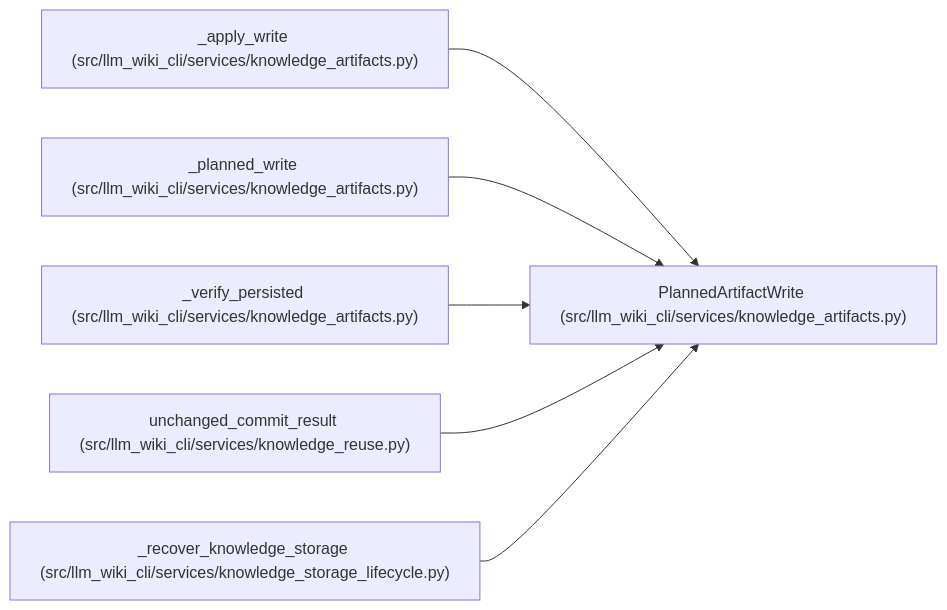
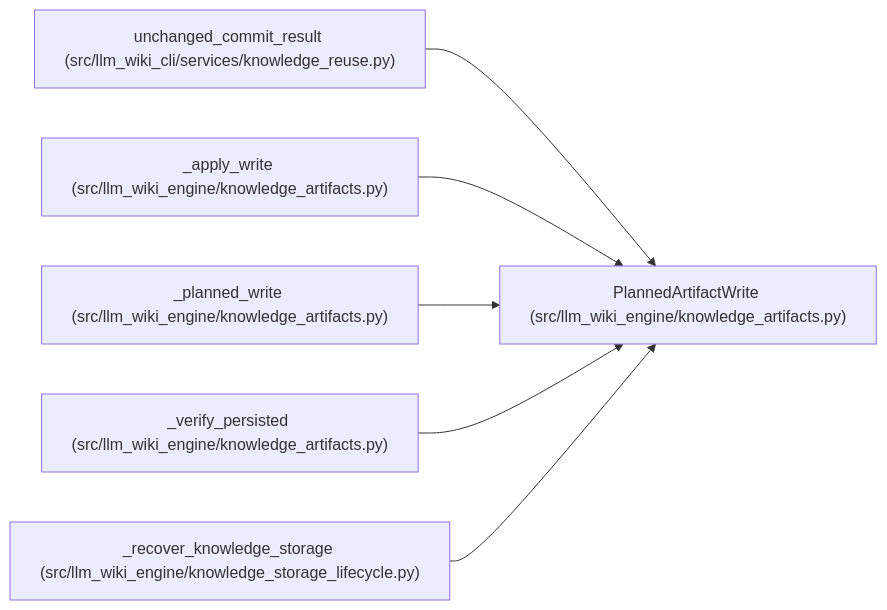
The diagram in docs/llm_wiki/entities/PlannedArtifactWrite.md (Denissvgn/python-wiki-llm), drawn with Mermaid before and after one commit. The commit also changed other lines of this file and 1058 other files, not shown here.

First line of the commit message:
docs: refresh the wiki for the knowledge store move

````diff
--- a/docs/llm_wiki/entities/PlannedArtifactWrite.md
+++ b/docs/llm_wiki/entities/PlannedArtifactWrite.md
@@ -33,20 +33,20 @@
 ```mermaid
 flowchart LR
-    n0["PlannedArtifactWrite (src/llm_wiki_cli/services/knowledge_artifacts.py)"]
-    n1["_apply_write (src/llm_wiki_cli/services/knowledge_artifacts.py)"]
-    n2["_planned_write (src/llm_wiki_cli/services/knowledge_artifacts.py)"]
-    n3["_verify_persisted (src/llm_wiki_cli/services/knowledge_artifacts.py)"]
-    n4["unchanged_commit_result (src/llm_wiki_cli/services/knowledge_reuse.py)"]
-    n5["_recover_knowledge_storage (src/llm_wiki_cli/services/knowledge_storage_lifecycle.py)"]
+    n0["PlannedArtifactWrite (src/llm_wiki_engine/knowledge_artifacts.py)"]
+    n1["unchanged_commit_result (src/llm_wiki_cli/services/knowledge_reuse.py)"]
+    n2["_apply_write (src/llm_wiki_engine/knowledge_artifacts.py)"]
+    n3["_planned_write (src/llm_wiki_engine/knowledge_artifacts.py)"]
+    n4["_verify_persisted (src/llm_wiki_engine/knowledge_artifacts.py)"]
+    n5["_recover_knowledge_storage (src/llm_wiki_engine/knowledge_storage_lifecycle.py)"]
     n1 --> n0
     n2 --> n0
     n3 --> n0
     n4 --> n0
     n5 --> n0
     click n0 "../modules/knowledge_artifacts.md"
-    click n1 "../modules/knowledge_artifacts.md"
+    click n1 "../modules/knowledge_reuse.md"
     click n2 "../modules/knowledge_artifacts.md"
     click n3 "../modules/knowledge_artifacts.md"
-    click n4 "../modules/knowledge_reuse.md"
+    click n4 "../modules/knowledge_artifacts.md"
     click n5 "../modules/knowledge_storage_lifecycle.md"
 ```
````
